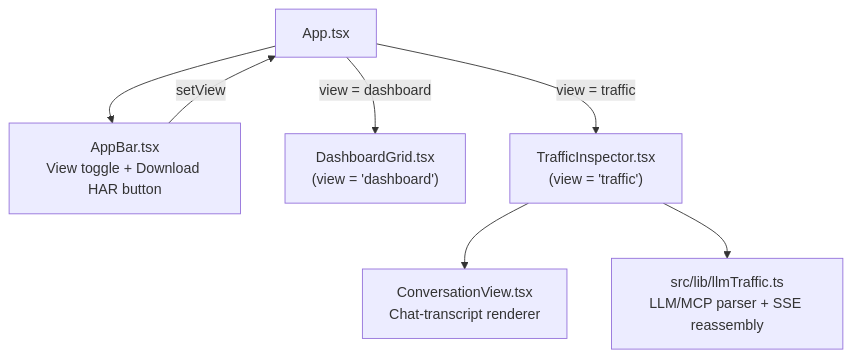
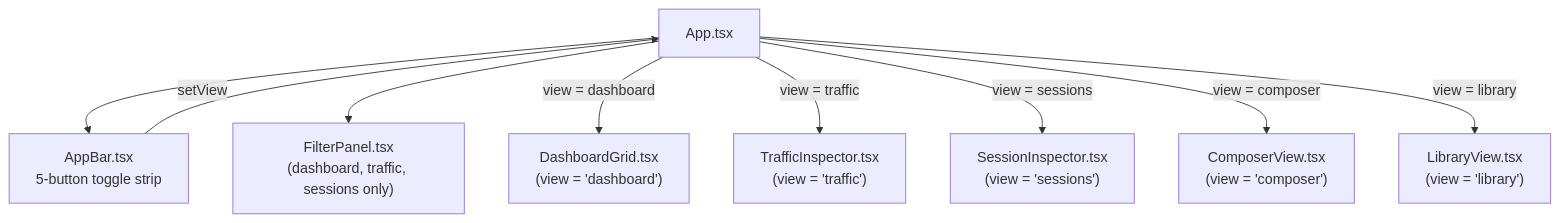
Before and after one commit to sean8601/mockserver-monorepo: the fourth of 7 diagrams in docs/code/dashboard-ui.md, drawn with Mermaid. The commit also changed other lines of this file and 35 other files, not shown here.

````diff
--- a/docs/code/dashboard-ui.md
+++ b/docs/code/dashboard-ui.md
@@ -97,21 +99,27 @@
 ```mermaid
 graph TB
     APP["App.tsx"]
     AB["AppBar.tsx
-View toggle + Download HAR button"]
+5-button toggle strip"]
+    FP["FilterPanel.tsx
+(dashboard, traffic, sessions only)"]
     DG["DashboardGrid.tsx
 (view = 'dashboard')"]
     TI["TrafficInspector.tsx
 (view = 'traffic')"]
-    CV["ConversationView.tsx
-Chat-transcript renderer"]
-    LL["src/lib/llmTraffic.ts
-LLM/MCP parser + SSE reassembly"]
+    SI["SessionInspector.tsx
+(view = 'sessions')"]
+    CV["ComposerView.tsx
+(view = 'composer')"]
+    LV["LibraryView.tsx
+(view = 'library')"]
 
     APP --> AB
+    APP --> FP
     AB -->|setView| APP
     APP -->|view = dashboard| DG
     APP -->|view = traffic| TI
-    TI --> CV
-    TI --> LL
+    APP -->|view = sessions| SI
+    APP -->|view = composer| CV
+    APP -->|view = library| LV
 ```
````
